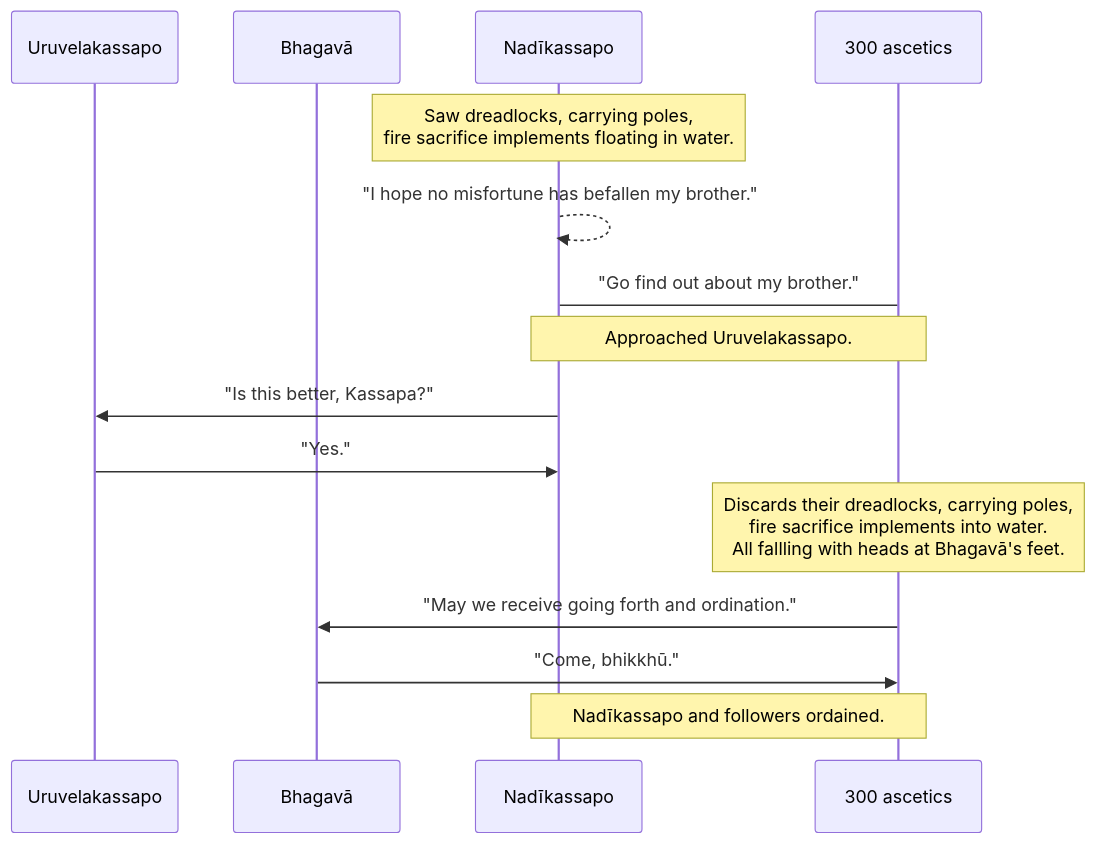
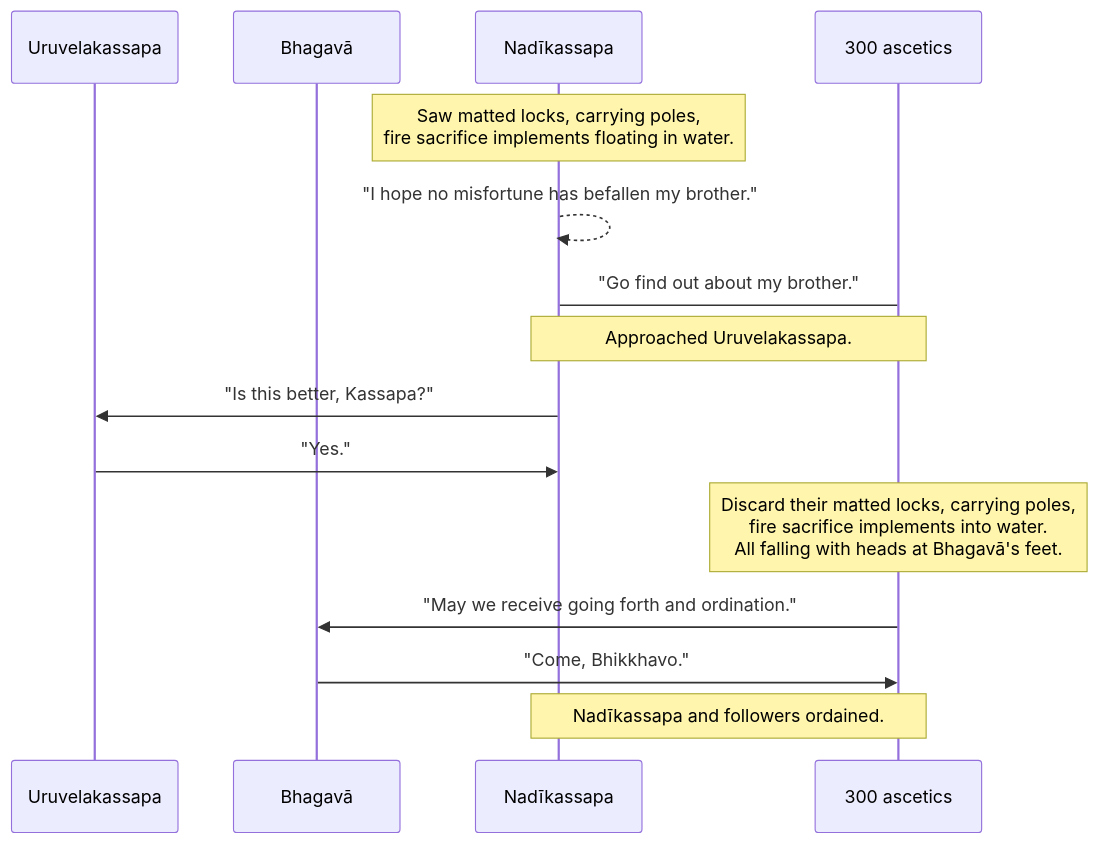
Before and after one commit to tidipa/tidipa.github.io: diagram 14 of 16 in src/content/docs/khandhaka/1-12.mdx, drawn with Mermaid. The commit also changed other lines of this file and 48 other files, not shown here.

````diff
--- a/src/content/docs/khandhaka/1-12.mdx
+++ b/src/content/docs/khandhaka/1-12.mdx
@@ -278,17 +278,17 @@
 ```mermaid
 sequenceDiagram
-	participant A1 as Uruvelakassapo
+	participant A1 as Uruvelakassapa
 	participant B as Bhagavā
-	participant A2 as Nadīkassapo
+	participant A2 as Nadīkassapa
 	participant A300 as 300 ascetics
-	note over A2: Saw dreadlocks, carrying poles, <br>fire sacrifice implements floating in water.
+	note over A2: Saw matted locks, carrying poles, <br>fire sacrifice implements floating in water.
 	A2-->>A2: "I hope no misfortune has befallen my brother."
 	A2->A300: "Go find out about my brother."
-	note over A2, A300: Approached Uruvelakassapo.
+	note over A2, A300: Approached Uruvelakassapa.
 	A2->>A1: "Is this better, Kassapa?"
 	A1->>A2: "Yes."
-	note over A300: Discards their dreadlocks, carrying poles, <br>fire sacrifice implements into water.<br>All fallling with heads at Bhagavā's feet.
+	note over A300: Discard their matted locks, carrying poles, <br>fire sacrifice implements into water.<br>All falling with heads at Bhagavā's feet.
 	A300->>B: "May we receive going forth and ordination."
-	B->>A300: "Come, bhikkhū."
-	note over A2, A300: Nadīkassapo and followers ordained.
+	B->>A300: "Come, Bhikkhavo."
+	note over A2, A300: Nadīkassapa and followers ordained.
 ```
````
